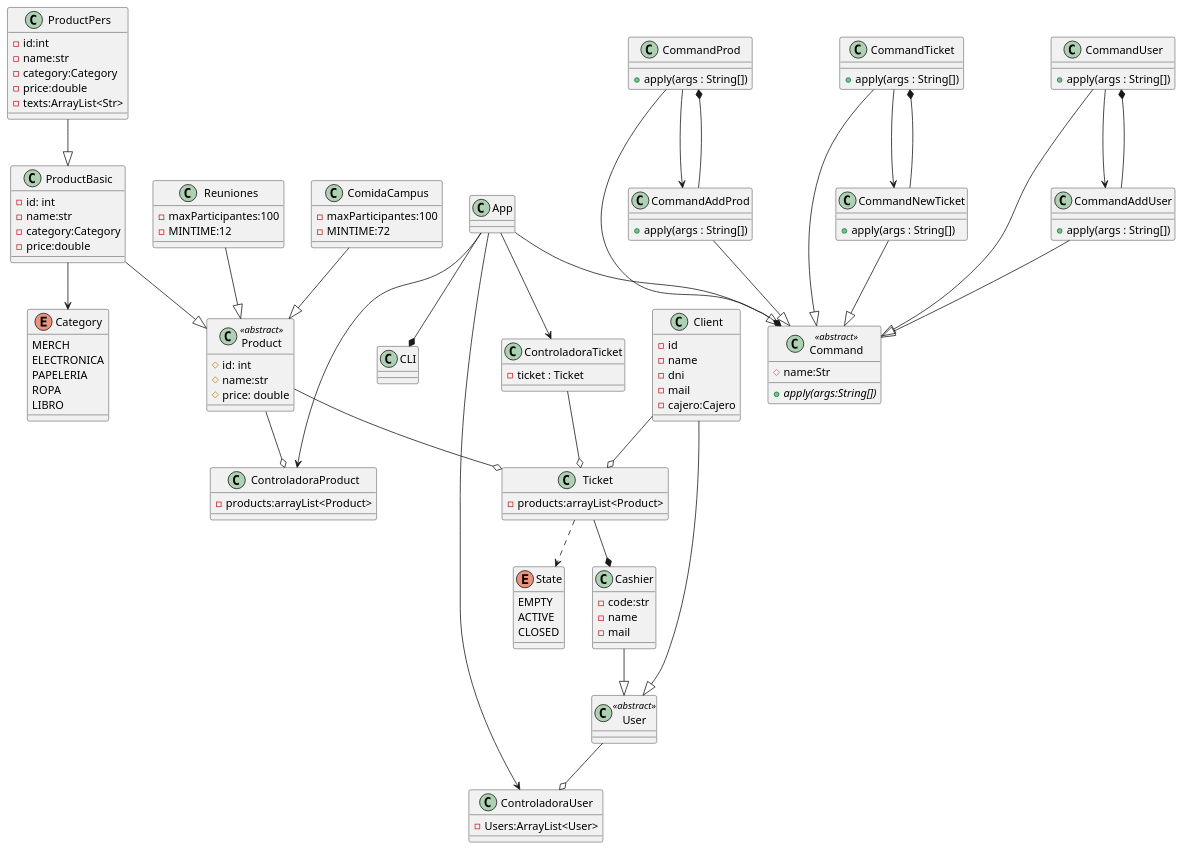
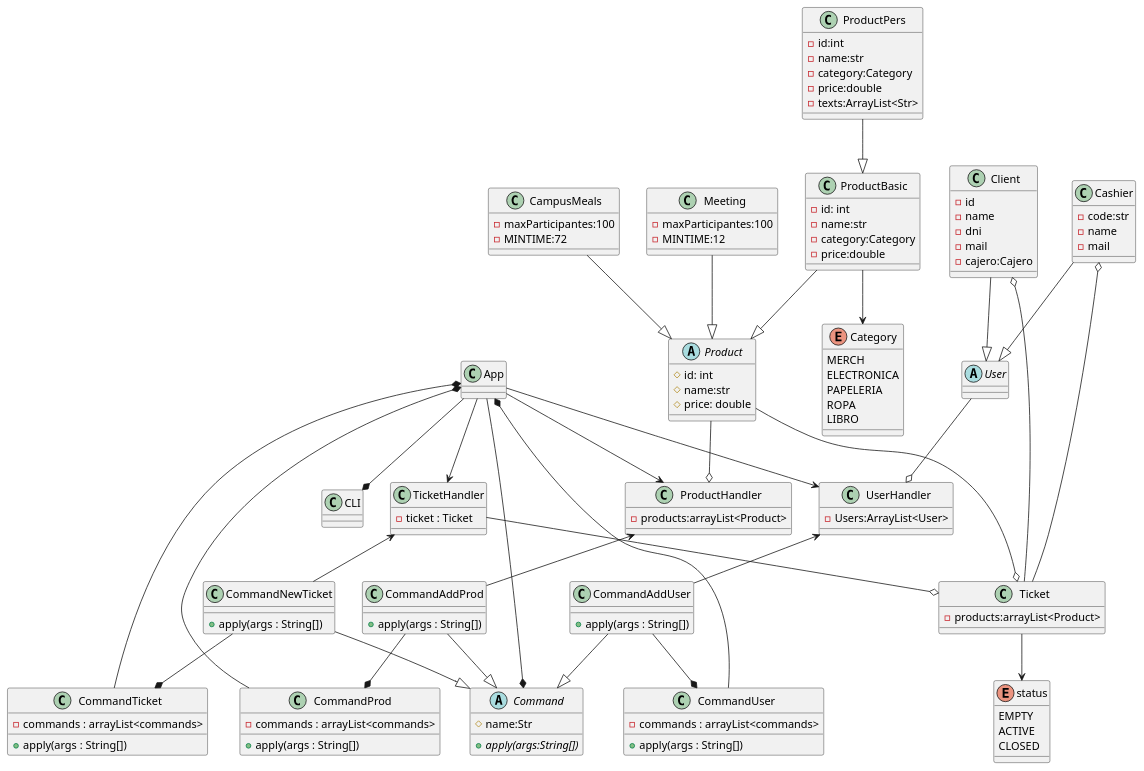
One commit to MarcosAus/tienda_upm changed the diagram in src/main/java/es/upm/etsisi/poo/tienda_upm_diagramav2.puml. Above: the diagram before and after it, drawn with PlantUML. The commit also changed 7 other files, not shown here.

Commit message:
Añadi todas las clases productos junto a los enum , ademas de alguna modificacion del uml, por cierto me he cargado el codigo de  algunas clases por lo que apareceran  rojitas

```diff
--- a/src/main/java/es/upm/etsisi/poo/tienda_upm_diagramav2.puml
+++ b/src/main/java/es/upm/etsisi/poo/tienda_upm_diagramav2.puml
@@ -1,151 +1,155 @@
 @startuml
 Class App {}
 class CLI {}
-class Product <<abstract>> {
+abstract class Product {
 #id: int
 #name:str
 #price: double
 }
 
-class ControladoraProduct {
+class ProductHandler {
 -products:arrayList<Product>
 }
 
 class Ticket{
 -products:arrayList<Product>
 }
 
-enum State{
+enum status {
 EMPTY
 ACTIVE
 CLOSED
 }
 
-Ticket ..>State
-
-class ControladoraTicket {
+Ticket --> status
+class TicketHandler {
 -ticket : Ticket
 }
 
-Product --o ControladoraProduct
+Product --o ProductHandler
 Product --o Ticket
-ControladoraTicket --o Ticket
+TicketHandler --o Ticket
 
 
 
 class ProductBasic{
 
 -id: int
 -name:str
 -category:Category
 -price:double
 }
 
 enum Category {
 MERCH
 ELECTRONICA
 PAPELERIA
 ROPA
 LIBRO
 }
 ProductBasic -->Category
 ProductBasic --|> Product
 
 class ProductPers{
 
 -id:int
 -name:str
 -category:Category
 -price:double
 -texts:ArrayList<Str>
 }
 ProductPers --|> ProductBasic
 
-class ComidaCampus{
+class CampusMeals{
 -maxParticipantes:100
 -MINTIME:72
 }
-ComidaCampus --|> Product
+CampusMeals --|> Product
 
-class Reuniones{
+class Meeting{
 -maxParticipantes:100
 -MINTIME:12
 }
-Reuniones --|> Product
+Meeting --|> Product
 
-class ControladoraUser{
+class UserHandler{
 -Users:ArrayList<User>
 }
 
-class User<<abstract>> {
+abstract class User {
 }
-User --o ControladoraUser
+User --o UserHandler
 class Client {
 -id
 -name
 -dni
 -mail
 -cajero:Cajero
 }
 Client --|> User
 
 
 class Cashier{
 -code:str
 -name
 -mail
 }
 Cashier --|> User
 
-Ticket --* Cashier
-Client --o Ticket
+Cashier o-- Ticket
+Client o-- Ticket
 
 
-class Command <<abstract>>{
+abstract class Command{
 #name:Str
 +{abstract}apply(args:String[])
 }
 
 class CommandProd{
+-commands : arrayList<commands>
 + apply(args : String[])
 }
-CommandProd --|> Command
 
 class CommandAddProd{
  + apply(args : String[])
 }
 CommandAddProd --|> Command
 CommandAddProd --*CommandProd
-CommandProd --> CommandAddProd
+ProductHandler<-- CommandAddProd
 
 class CommandTicket{
+-commands : arrayList<commands>
 + apply(args : String[])
 }
-CommandTicket --|> Command
+
 
 class CommandNewTicket{
  + apply(args : String[])
 }
 CommandNewTicket --|> Command
 CommandNewTicket --*CommandTicket
-CommandTicket --> CommandNewTicket
+TicketHandler <-- CommandNewTicket
 
 
 class CommandUser{
+-commands : arrayList<commands>
 + apply(args : String[])
 }
-CommandUser --|> Command
 
 class CommandAddUser{
  + apply(args : String[])
 }
 CommandAddUser --|> Command
 CommandAddUser --*CommandUser
-CommandUser --> CommandAddUser
+UserHandler <-- CommandAddUser
 
 App --* Command
 App --* CLI
-App --> ControladoraProduct
-App --> ControladoraTicket
-App --> ControladoraUser
+App --> ProductHandler
+App --> TicketHandler
+App --> UserHandler
+
+App *-- CommandProd
+App *-- CommandTicket
+App *-- CommandUser
 @enduml
```
